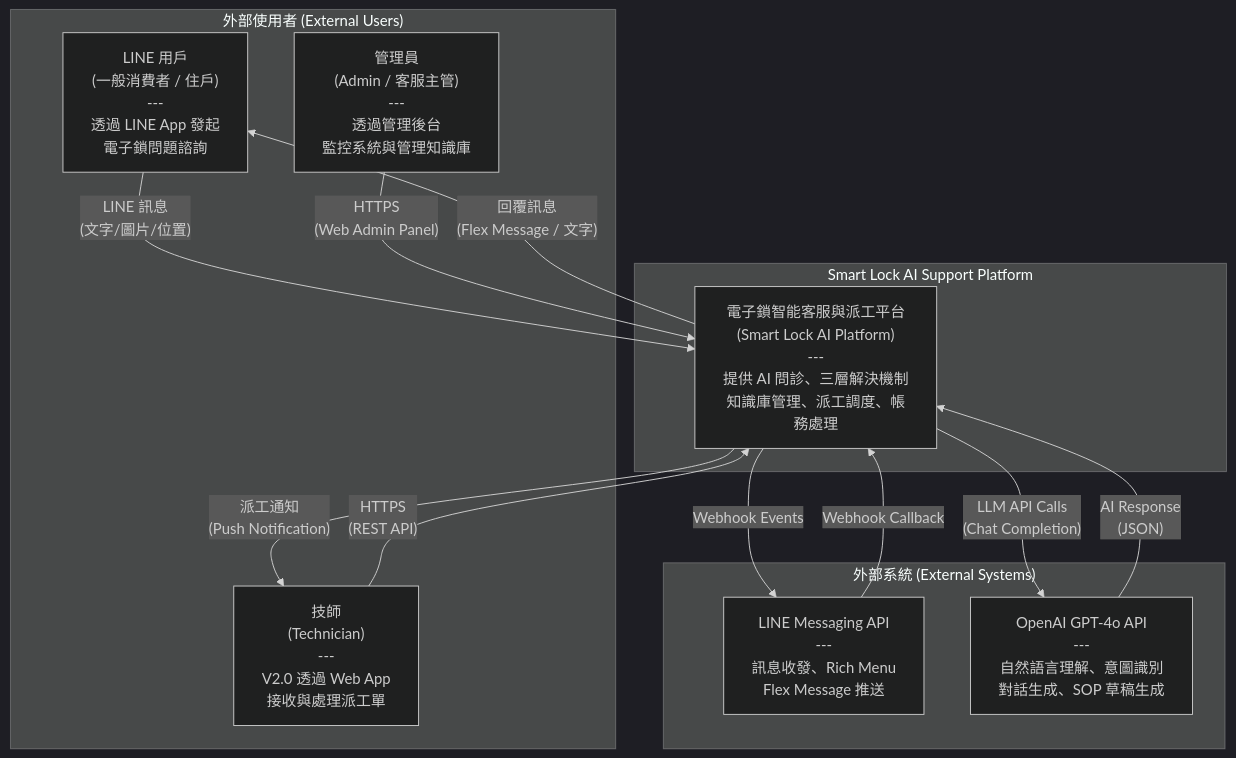
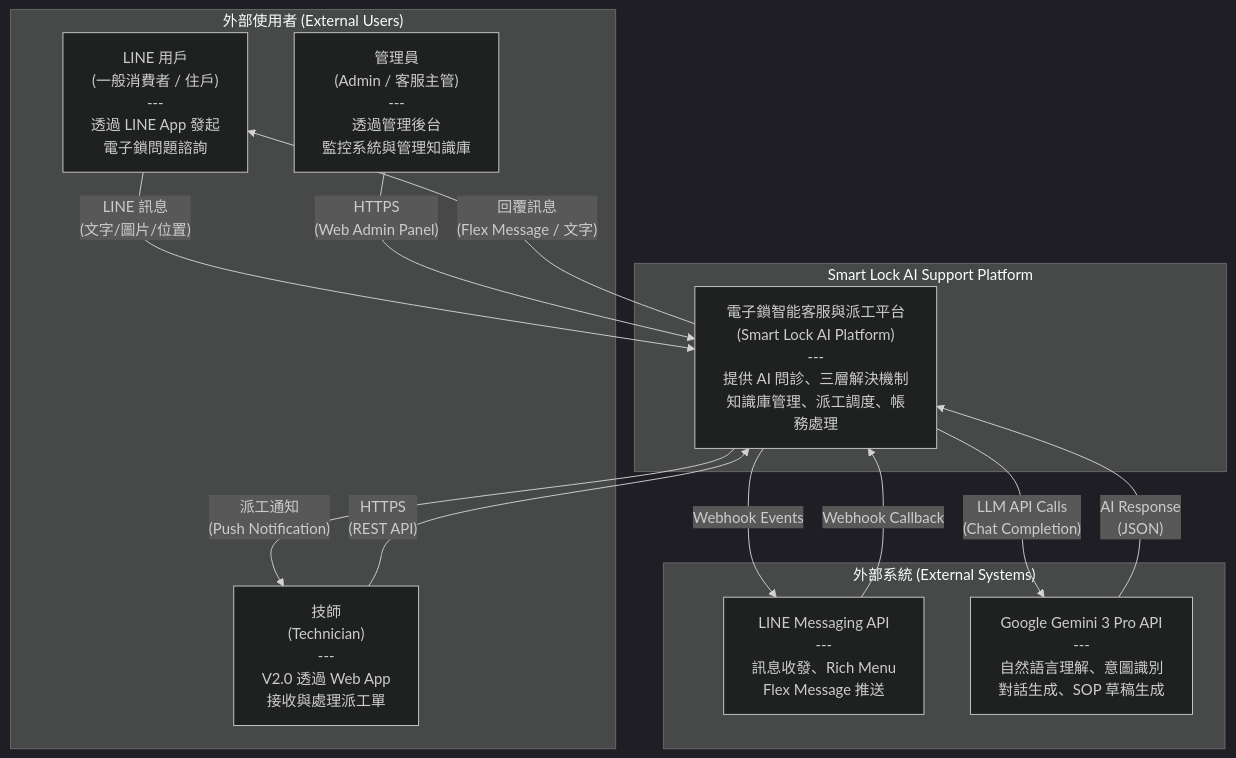
Before and after one commit to Zenobia000/Smart-Lock_AI_Support_Service_Dispatch_SaaS_Platform: the first of 11 diagrams in docs/05_architecture_and_design_document.md, drawn with Mermaid (dark theme). The commit also changed other lines of this file and 7 other files, not shown here.

First line of the commit message:
docs: migrate LLM provider from OpenAI GPT-4o to Google Gemini 3 Pro

````diff
--- a/docs/05_architecture_and_design_document.md
+++ b/docs/05_architecture_and_design_document.md
@@ -66,27 +66,27 @@
 ```mermaid
 graph TB
     subgraph "外部使用者 (External Users)"
         LU["LINE 用戶<br/>(一般消費者 / 住戶)<br/>---<br/>透過 LINE App 發起<br/>電子鎖問題諮詢"]
         TU["技師<br/>(Technician)<br/>---<br/>V2.0 透過 Web App<br/>接收與處理派工單"]
         AU["管理員<br/>(Admin / 客服主管)<br/>---<br/>透過管理後台<br/>監控系統與管理知識庫"]
     end
 
     subgraph "Smart Lock AI Support Platform"
         SYS["電子鎖智能客服與派工平台<br/>(Smart Lock AI Platform)<br/>---<br/>提供 AI 問診、三層解決機制<br/>知識庫管理、派工調度、帳務處理"]
     end
 
     subgraph "外部系統 (External Systems)"
         LINE["LINE Messaging API<br/>---<br/>訊息收發、Rich Menu<br/>Flex Message 推送"]
-        OPENAI["OpenAI GPT-4o API<br/>---<br/>自然語言理解、意圖識別<br/>對話生成、SOP 草稿生成"]
+        GOOGLE_AI["Google Gemini 3 Pro API<br/>---<br/>自然語言理解、意圖識別<br/>對話生成、SOP 草稿生成"]
     end
 
     LU -- "LINE 訊息<br/>(文字/圖片/位置)" --> SYS
     SYS -- "回覆訊息<br/>(Flex Message / 文字)" --> LU
     TU -- "HTTPS<br/>(REST API)" --> SYS
     SYS -- "派工通知<br/>(Push Notification)" --> TU
     AU -- "HTTPS<br/>(Web Admin Panel)" --> SYS
     SYS -- "Webhook Events" --> LINE
     LINE -- "Webhook Callback" --> SYS
-    SYS -- "LLM API Calls<br/>(Chat Completion)" --> OPENAI
-    OPENAI -- "AI Response<br/>(JSON)" --> SYS
+    SYS -- "LLM API Calls<br/>(Chat Completion)" --> GOOGLE_AI
+    GOOGLE_AI -- "AI Response<br/>(JSON)" --> SYS
 ```
````
